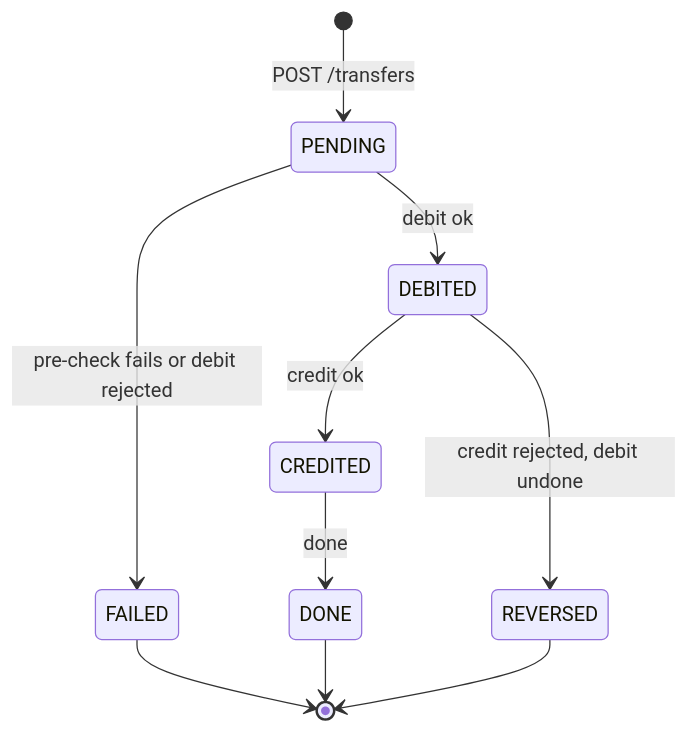
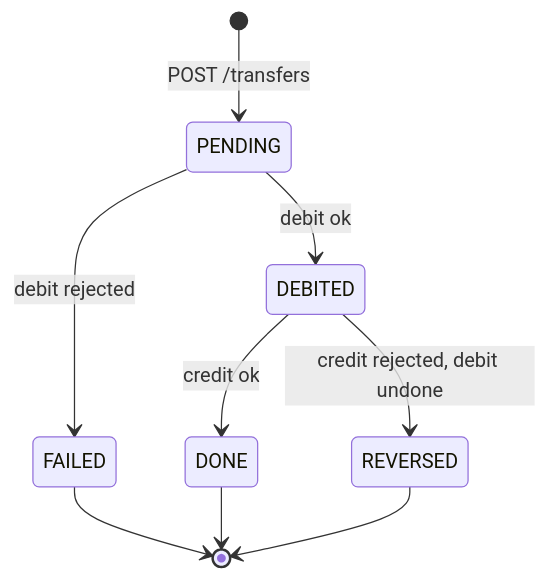
One commit to GodwinJacobR/mock-bank changed the diagram in specs/transfers/001-service.md. Above: the diagram before and after it, drawn with Mermaid. The commit also changed other lines of this file and 2 other files, not shown here.

````diff
--- a/specs/transfers/001-service.md
+++ b/specs/transfers/001-service.md
@@ -58,12 +60,11 @@
 ```mermaid
 stateDiagram-v2
   [*] --> PENDING: POST /transfers
-  PENDING --> FAILED: pre-check fails or debit rejected
+  PENDING --> FAILED: debit rejected
   PENDING --> DEBITED: debit ok
-  DEBITED --> CREDITED: credit ok
-  CREDITED --> DONE: done
+  DEBITED --> DONE: credit ok
   DEBITED --> REVERSED: credit rejected, debit undone
   DONE --> [*]
   FAILED --> [*]
   REVERSED --> [*]
 ```
````
